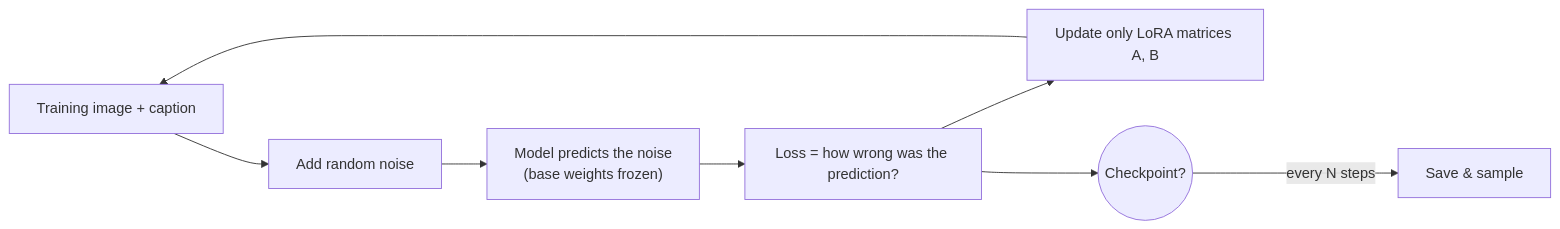
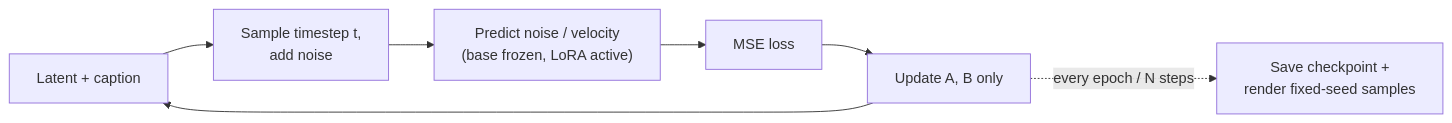
One commit to AndrewAltimit/Documentation changed the third of 3 diagrams in github-pages/docs/ai-ml/lora-training.md. Above: the diagram before and after it, drawn with Mermaid. The commit also changed other lines of this file and 240 other files, not shown here.

````diff
--- a/github-pages/docs/ai-ml/lora-training.md
+++ b/github-pages/docs/ai-ml/lora-training.md
@@ -238,10 +218,9 @@
 ```mermaid
 flowchart LR
-    Img["Training image + caption"] --> Noise["Add random noise"]
-    Noise --> Pred["Model predicts the noise<br/>(base weights frozen)"]
-    Pred --> Loss["Loss = how wrong was the prediction?"]
-    Loss --> Update["Update only LoRA matrices A, B"]
-    Update --> Img
-    Loss --> Ckpt((Checkpoint?))
-    Ckpt -->|every N steps| Save["Save & sample"]
+    Img["Latent + caption"] --> Noise["Sample timestep t,<br/>add noise"]
+    Noise --> Pred["Predict noise / velocity<br/>(base frozen, LoRA active)"]
+    Pred --> Loss["MSE loss"]
+    Loss --> Upd["Update A, B only"]
+    Upd --> Img
+    Upd -. "every epoch / N steps" .-> Ck["Save checkpoint +<br/>render fixed-seed samples"]
 ```
````
